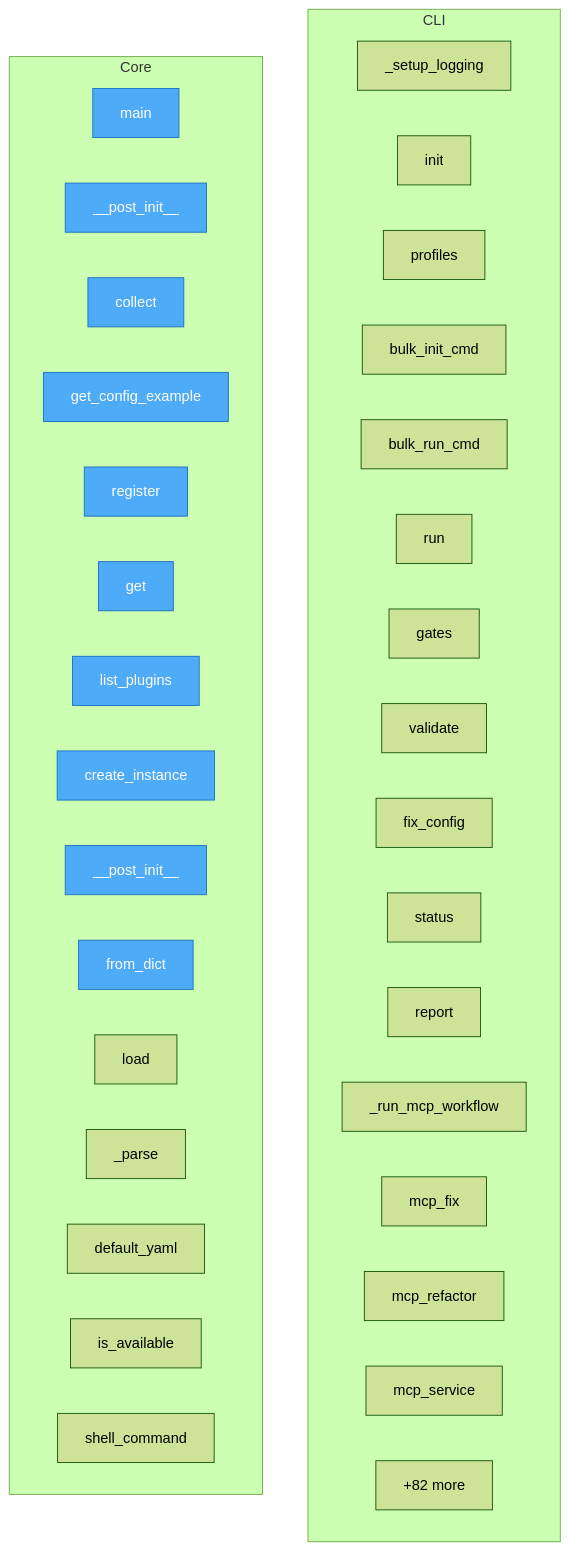
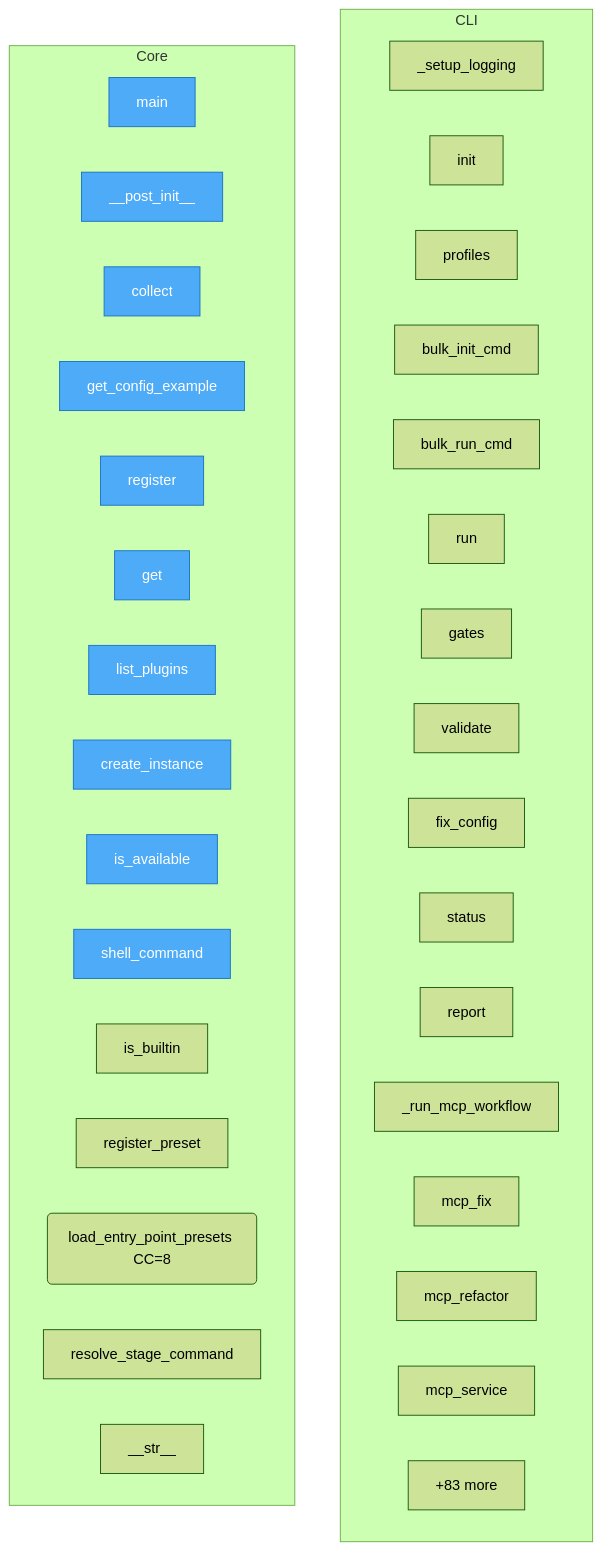
One commit to semcod/pyqual changed the diagram in project/flow.mmd. Above: the diagram before and after it, drawn with Mermaid (forest theme). The commit also changed 27 other files, not shown here.

```diff
--- a/project/flow.mmd
+++ b/project/flow.mmd
@@ -1,44 +1,44 @@
 flowchart TD
 
     %% Entry points (blue)
     classDef entry fill:#4dabf7,stroke:#1971c2,color:#fff
 
     subgraph CLI
         pyqual__cli___setup_logging["_setup_logging"]
         pyqual__cli__init["init"]
         pyqual__cli__profiles["profiles"]
         pyqual__cli__bulk_init_cmd["bulk_init_cmd"]
         pyqual__cli__bulk_run_cmd["bulk_run_cmd"]
         pyqual__cli__run["run"]
         pyqual__cli__gates["gates"]
         pyqual__cli__validate["validate"]
         pyqual__cli__fix_config["fix_config"]
         pyqual__cli__status["status"]
         pyqual__cli__report["report"]
         pyqual__cli___run_mcp_workflow["_run_mcp_workflow"]
         pyqual__cli__mcp_fix["mcp_fix"]
         pyqual__cli__mcp_refactor["mcp_refactor"]
         pyqual__cli__mcp_service["mcp_service"]
         ...["+33 more"]
     end
 
     subgraph Core
         run_analysis__main["main"]
         pyqual__plugins__PluginMetadata____post_init__["__post_init__"]
         pyqual__plugins__MetricCollector__collect["collect"]
         pyqual__plugins__MetricCollector__get_config_example["get_config_example"]
         pyqual__plugins__PluginRegistry__register["register"]
         pyqual__plugins__PluginRegistry__get["get"]
         pyqual__plugins__PluginRegistry__list_plugins["list_plugins"]
         pyqual__plugins__PluginRegistry__create_instance["create_instance"]
-        pyqual__config__StageConfig____post_init__["__post_init__"]
-        pyqual__config__GateConfig__from_dict["from_dict"]
-        pyqual__config__PyqualConfig__load["load"]
-        pyqual__config__PyqualConfig___parse["_parse"]
-        pyqual__config__PyqualConfig__default_yaml["default_yaml"]
         pyqual__tools__ToolPreset__is_available["is_available"]
         pyqual__tools__ToolPreset__shell_command["shell_command"]
-        ...["+82 more"]
+        pyqual__tools__is_builtin["is_builtin"]
+        pyqual__tools__register_preset["register_preset"]
+        pyqual__tools__load_entry_point_presets("load_entry_point_presets CC=8")
+        pyqual__tools__resolve_stage_command["resolve_stage_command"]
+        pyqual__gates__GateResult____str__["__str__"]
+        ...["+83 more"]
     end
 
-    class run_analysis__main,pyqual__plugins__PluginMetadata____post_init__,pyqual__plugins__MetricCollector__collect,pyqual__plugins__MetricCollector__get_config_example,pyqual__plugins__PluginRegistry__register,pyqual__plugins__PluginRegistry__get,pyqual__plugins__PluginRegistry__list_plugins,pyqual__plugins__PluginRegistry__create_instance,pyqual__config__StageConfig____post_init__,pyqual__config__GateConfig__from_dict entry
+    class run_analysis__main,pyqual__plugins__PluginMetadata____post_init__,pyqual__plugins__MetricCollector__collect,pyqual__plugins__MetricCollector__get_config_example,pyqual__plugins__PluginRegistry__register,pyqual__plugins__PluginRegistry__get,pyqual__plugins__PluginRegistry__list_plugins,pyqual__plugins__PluginRegistry__create_instance,pyqual__tools__ToolPreset__is_available,pyqual__tools__ToolPreset__shell_command entry
```
